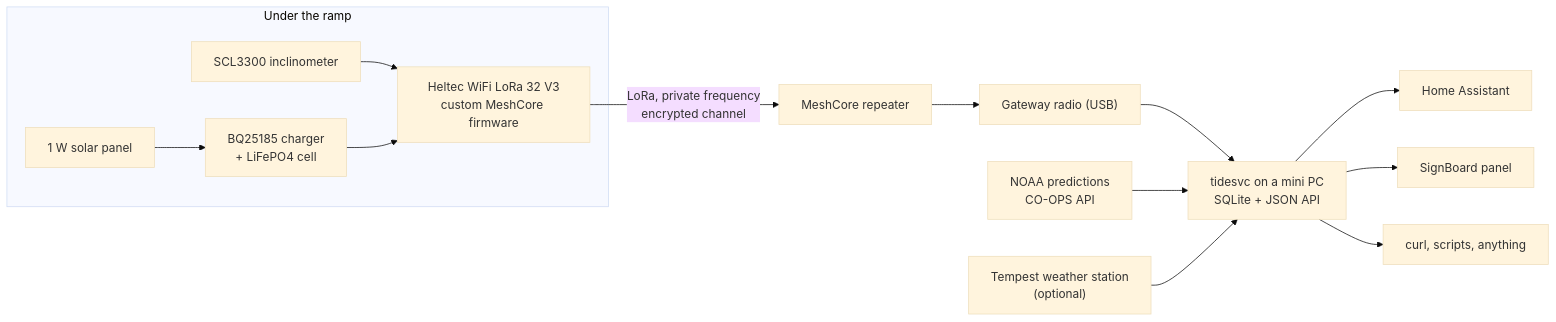
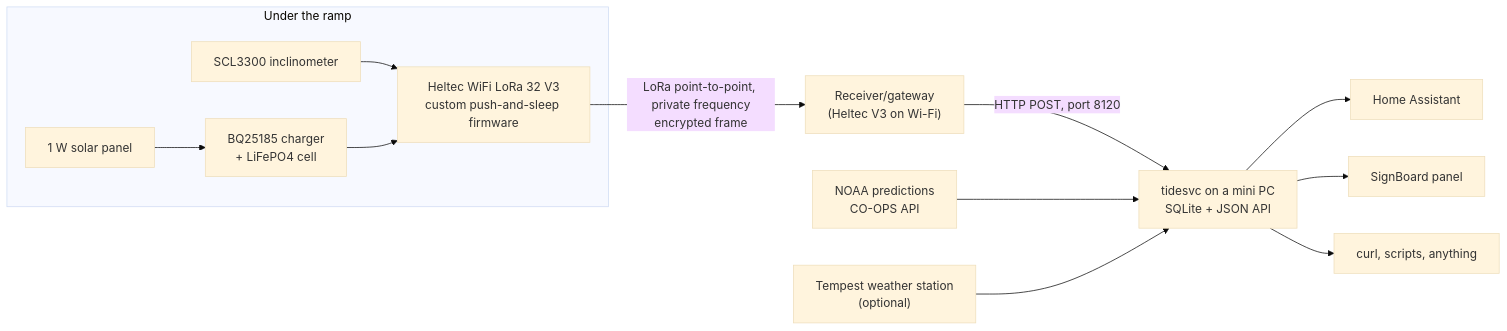
Before and after one commit to nickdnj/lora-ramp-tide-sensor: the diagram in README.md, drawn with Mermaid (base theme). The commit also changed other lines of this file and 7 other files, not shown here.

First line of the commit message:
Redesign link: direct LoRa to Wi-Fi gateway, drop repeater and MeshCore

````diff
--- a/README.md
+++ b/README.md
@@ -35,15 +35,14 @@
 ```mermaid
 flowchart LR
     subgraph Ramp["Under the ramp"]
-        S["SCL3300 inclinometer"] --> N["Heltec WiFi LoRa 32 V3<br/>custom MeshCore firmware"]
+        S["SCL3300 inclinometer"] --> N["Heltec WiFi LoRa 32 V3<br/>custom push-and-sleep firmware"]
         P["1 W solar panel"] --> C["BQ25185 charger<br/>+ LiFePO4 cell"] --> N
     end
-    N -- "LoRa, private frequency<br/>encrypted channel" --> R["MeshCore repeater"]
-    R --> G["Gateway radio (USB)"]
-    G --> T["tidesvc on a mini PC<br/>SQLite + JSON API"]
+    N -- "LoRa point-to-point, private frequency<br/>encrypted frame" --> G["Receiver/gateway<br/>(Heltec V3 on Wi-Fi)"]
+    G -- "HTTP POST, port 8120" --> T["tidesvc on a mini PC<br/>SQLite + JSON API"]
     NOAA["NOAA predictions<br/>CO-OPS API"] --> T
     W["Tempest weather station<br/>(optional)"] --> T
     T --> HA["Home Assistant"]
     T --> SB["SignBoard panel"]
     T --> X["curl, scripts, anything"]
 ```
````
